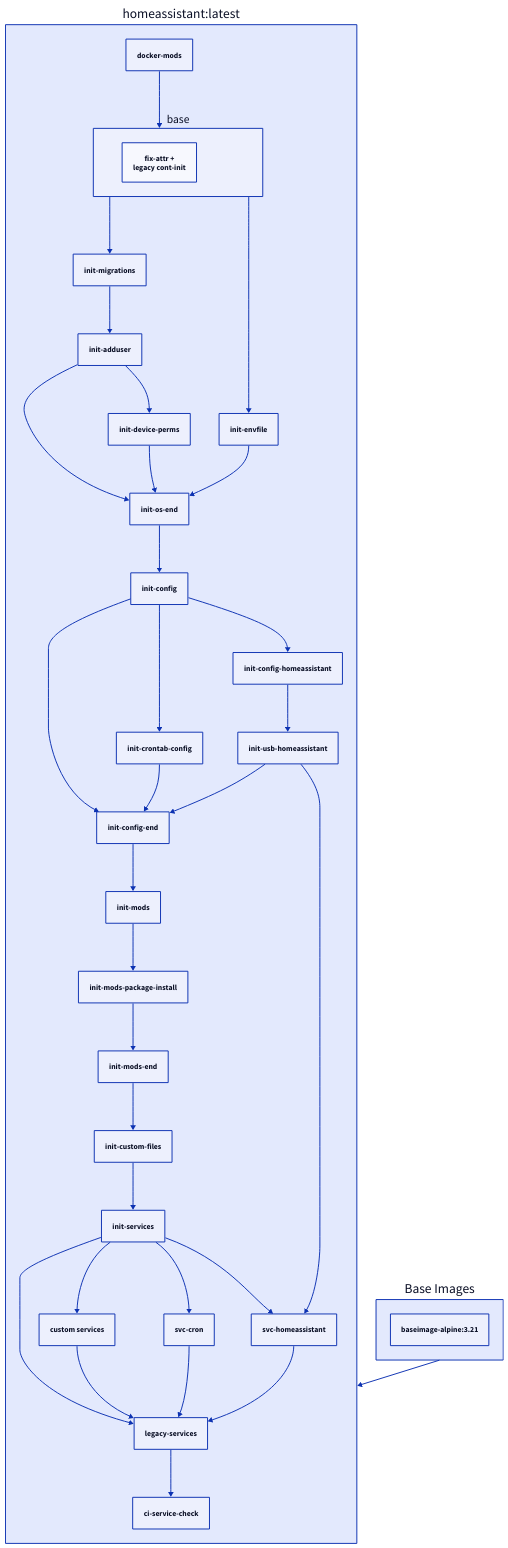
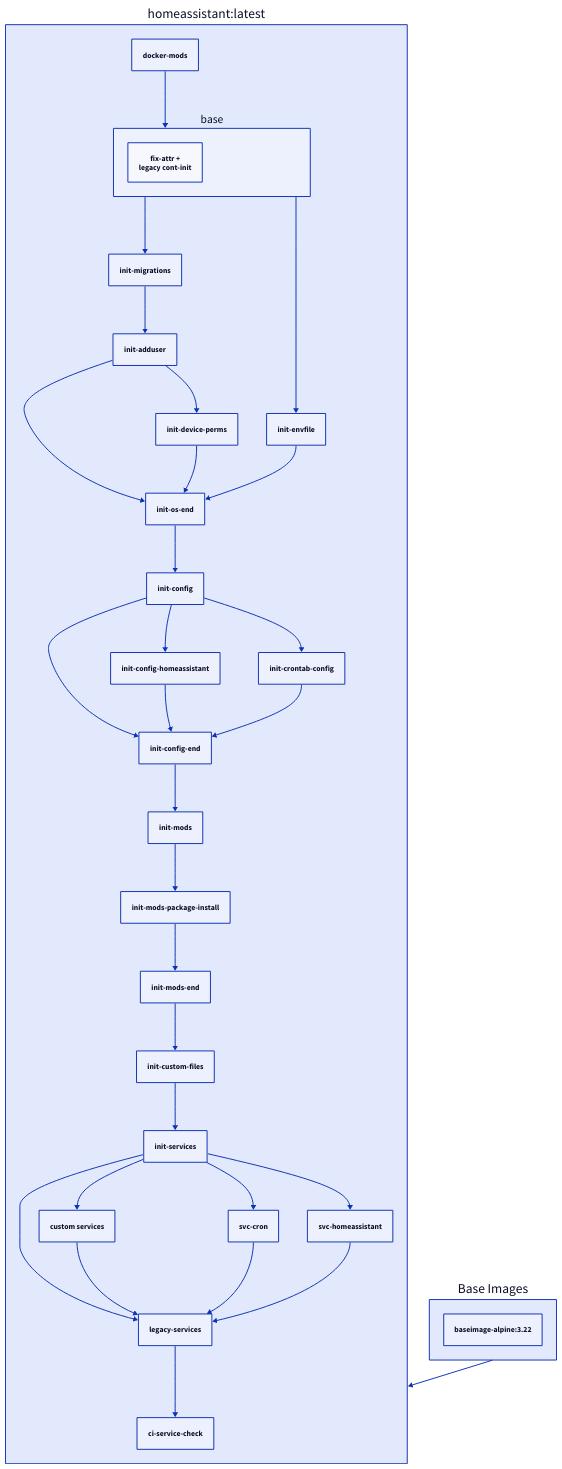
One commit to linuxserver/docker-documentation changed the diagram in docs/images/docker-homeassistant.md. Above: the diagram before and after it, drawn with D2. The commit also changed other lines of this file, not shown here.

Commit message:
Bot Updating Documentation

````diff
--- a/docs/images/docker-homeassistant.md
+++ b/docs/images/docker-homeassistant.md
@@ -334,43 +334,41 @@
     ```d2
     "homeassistant:latest": {
       docker-mods
       base {
         fix-attr +\nlegacy cont-init
       }
       docker-mods -> base
       legacy-services
       custom services
       init-services -> legacy-services
       init-services -> custom services
       custom services -> legacy-services
       legacy-services -> ci-service-check
       init-migrations -> init-adduser
       init-os-end -> init-config
       init-config -> init-config-end
+      init-config-homeassistant -> init-config-end
       init-crontab-config -> init-config-end
-      init-usb-homeassistant -> init-config-end
       init-config -> init-config-homeassistant
       init-config -> init-crontab-config
       init-mods-end -> init-custom-files
       init-adduser -> init-device-perms
       base -> init-envfile
       base -> init-migrations
       init-config-end -> init-mods
       init-mods-package-install -> init-mods-end
       init-mods -> init-mods-package-install
       init-adduser -> init-os-end
       init-device-perms -> init-os-end
       init-envfile -> init-os-end
       init-custom-files -> init-services
-      init-config-homeassistant -> init-usb-homeassistant
       init-services -> svc-cron
       svc-cron -> legacy-services
       init-services -> svc-homeassistant
-      init-usb-homeassistant -> svc-homeassistant
       svc-homeassistant -> legacy-services
     }
     Base Images: {
-      "baseimage-alpine:3.21"
+      "baseimage-alpine:3.22"
     }
     "homeassistant:latest" <- Base Images
     ```
````
